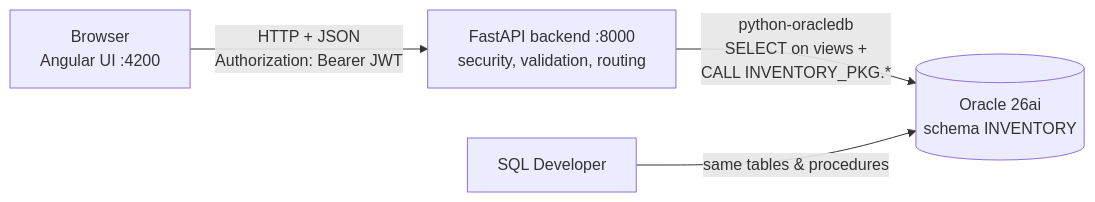
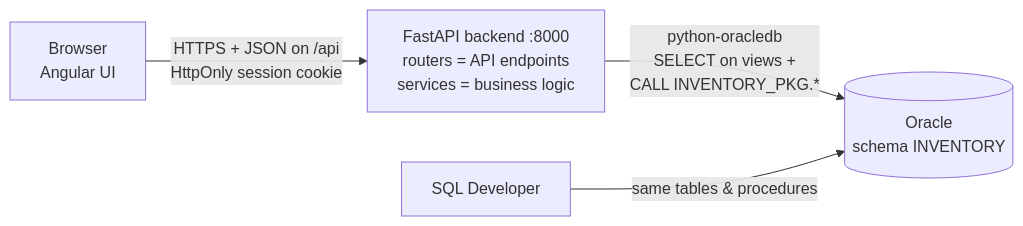
Before and after one commit to VicodinAbuser/IS-Project: the first of 2 diagrams in README.md, drawn with Mermaid. The commit also changed other lines of this file and 284 other files, not shown here.

````diff
--- a/README.md
+++ b/README.md
@@ -11,6 +11,6 @@
 ```mermaid
 flowchart LR
-  B[Browser<br/>Angular UI :4200] -- "HTTP + JSON<br/>Authorization: Bearer JWT" --> A[FastAPI backend :8000<br/>security, validation, routing]
-  A -- "python-oracledb<br/>SELECT on views +<br/>CALL INVENTORY_PKG.*" --> D[(Oracle 26ai<br/>schema INVENTORY)]
+  B[Browser<br/>Angular UI] -- "HTTPS + JSON on /api<br/>HttpOnly session cookie" --> A[FastAPI backend :8000<br/>routers = API endpoints<br/>services = business logic]
+  A -- "python-oracledb<br/>SELECT on views +<br/>CALL INVENTORY_PKG.*" --> D[(Oracle<br/>schema INVENTORY)]
   S[SQL Developer] -- "same tables & procedures" --> D
 ```
````
